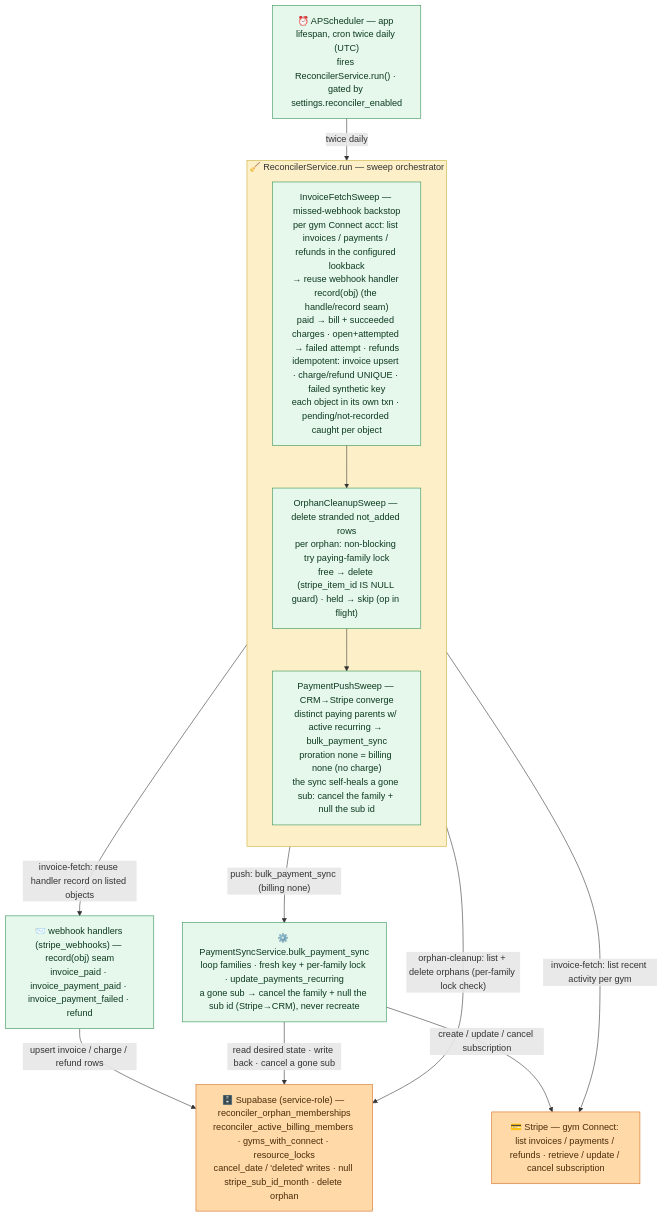
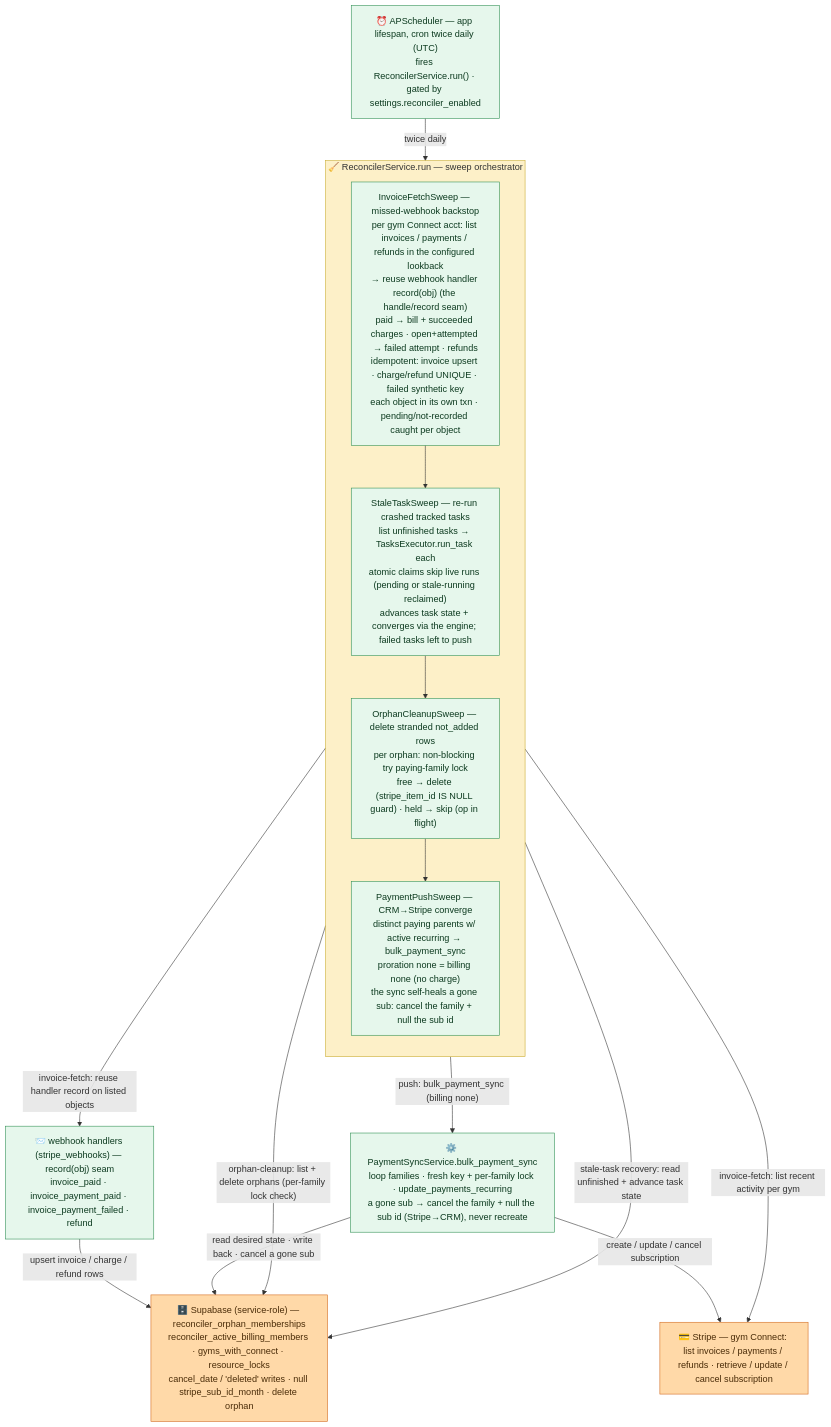
The diagram in FastApiBackend/reconciler.mermaid (jesse51002/CombatDen), drawn with Mermaid before and after one commit. The commit also changed 27 other files, not shown here.

```diff
--- a/FastApiBackend/reconciler.mermaid
+++ b/FastApiBackend/reconciler.mermaid
@@ -1,47 +1,53 @@
 flowchart TB
   %% Scheduled reconciler — orchestration flow of ReconcilerService.run().
   %% Source of truth: src/reconciler/ (reconciler-guide skill).
-  %% APScheduler (app lifespan) fires run() twice daily, then runs the three
-  %% step-services in order: invoice-fetch -> orphan-cleanup -> payment-push.
+  %% APScheduler (app lifespan) fires run() twice daily, then runs the four
+  %% step-services in order: invoice-fetch -> stale-task recovery ->
+  %% orphan-cleanup -> payment-push. Stale-task recovery re-runs unfinished
+  %% tracked tasks (src/tasks/) whose in-process run died — the recovery loop
+  %% lives here, the tasks engine only knows how to run ONE task.
   %% No reconciler-wide lock — safety is the per-family PayingMemberLock every
   %% payment op already holds.
   %% Each step reuses existing machinery: the fetcher drives the webhook handler
   %% record() seam, the orphan cleanup checks the per-family lock, the push sweep
   %% calls bulk sync — whose sync now self-heals a gone subscription natively
   %% (cancels the family + nulls the sub id), so there is no separate status pass.
   %% Green = reconciler step/service · yellow = the orchestrator (fan-out hub) ·
   %% orange = external actors. Solid = live runtime call.
 
   sched["⏰ APScheduler — app lifespan, cron twice daily (UTC)<br/>fires ReconcilerService.run() · gated by settings.reconciler_enabled"]
 
   subgraph recon["🧹 ReconcilerService.run — sweep orchestrator"]
     direction TB
     fetch["InvoiceFetchSweep — missed-webhook backstop<br/>per gym Connect acct: list invoices / payments / refunds in the configured lookback<br/>→ reuse webhook handler record(obj) (the handle/record seam)<br/>paid → bill + succeeded charges · open+attempted → failed attempt · refunds<br/>idempotent: invoice upsert · charge/refund UNIQUE · failed synthetic key<br/>each object in its own txn · pending/not-recorded caught per object"]
+    stale_task["StaleTaskSweep — re-run crashed tracked tasks<br/>list unfinished tasks → TasksExecutor.run_task each<br/>atomic claims skip live runs (pending or stale-running reclaimed)<br/>advances task state + converges via the engine; failed tasks left to push"]
     orphan["OrphanCleanupSweep — delete stranded not_added rows<br/>per orphan: non-blocking try paying-family lock<br/>free → delete (stripe_item_id IS NULL guard) · held → skip (op in flight)"]
     push["PaymentPushSweep — CRM→Stripe converge<br/>distinct paying parents w/ active recurring → bulk_payment_sync<br/>proration none = billing none (no charge)<br/>the sync self-heals a gone sub: cancel the family + null the sub id"]
-    fetch --> orphan
+    fetch --> stale_task
+    stale_task --> orphan
     orphan --> push
   end
 
   handlers["📨 webhook handlers (stripe_webhooks) — record(obj) seam<br/>invoice_paid · invoice_payment_paid · invoice_payment_failed · refund"]
   engine["⚙️ PaymentSyncService.bulk_payment_sync<br/>loop families · fresh key + per-family lock · update_payments_recurring<br/>a gone sub → cancel the family + null the sub id (Stripe→CRM), never recreate"]
 
   supabase["🗄️ Supabase (service-role) — reconciler_orphan_memberships<br/>reconciler_active_billing_members · gyms_with_connect · resource_locks<br/>cancel_date / 'deleted' writes · null stripe_sub_id_month · delete orphan"]
   stripe["💳 Stripe — gym Connect: list invoices / payments / refunds · retrieve / update / cancel subscription"]
 
   sched -->|"twice daily"| recon
   recon -->|"invoice-fetch: reuse handler record on listed objects"| handlers
   recon -->|"push: bulk_payment_sync (billing none)"| engine
   recon -->|"orphan-cleanup: list + delete orphans (per-family lock check)"| supabase
+  recon -->|"stale-task recovery: read unfinished + advance task state"| supabase
   recon -->|"invoice-fetch: list recent activity per gym"| stripe
   handlers -->|"upsert invoice / charge / refund rows"| supabase
   engine -->|"read desired state · write back · cancel a gone sub"| supabase
   engine -->|"create / update / cancel subscription"| stripe
 
   classDef svc fill:#e6f7ec,stroke:#2f8f53,color:#0c3a1f;
   classDef ext fill:#ffd9a8,stroke:#d2691e,color:#4a2c08;
   classDef hub fill:#fdf0c8,stroke:#caab2f,color:#4a3d08;
   class sched,handlers,engine svc;
   class supabase,stripe ext;
-  class fetch,orphan,push svc;
+  class fetch,stale_task,orphan,push svc;
   style recon fill:#fdf0c8,stroke:#caab2f;
```
